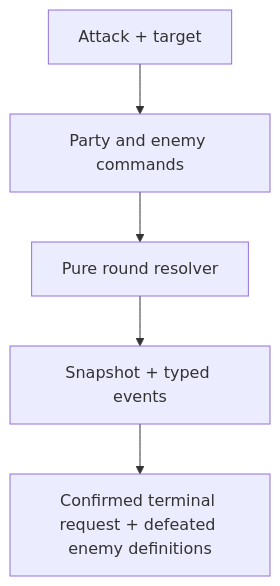
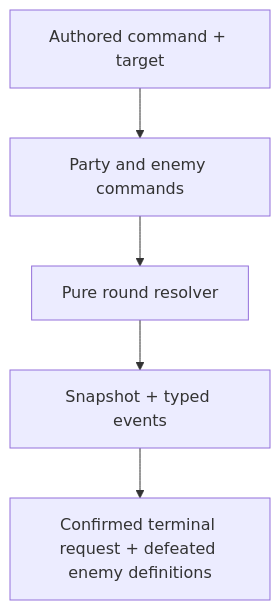
The eighth of 8 diagrams in ARCHITECTURE.md (jrickter88/Job-rpg-game), drawn with Mermaid before and after one commit. The commit also changed other lines of this file and 32 other files, not shown here.

````diff
--- a/ARCHITECTURE.md
+++ b/ARCHITECTURE.md
@@ -530,7 +535,7 @@
 ```mermaid
 flowchart TD
-    UI["Attack + target"] --> Commands["Party and enemy commands"]
+    UI["Authored command + target"] --> Commands["Party and enemy commands"]
     Commands --> Core["Pure round resolver"]
     Core --> Present["Snapshot + typed events"]
     Present --> Handoff["Confirmed terminal request + defeated enemy definitions"]
 ```
````
